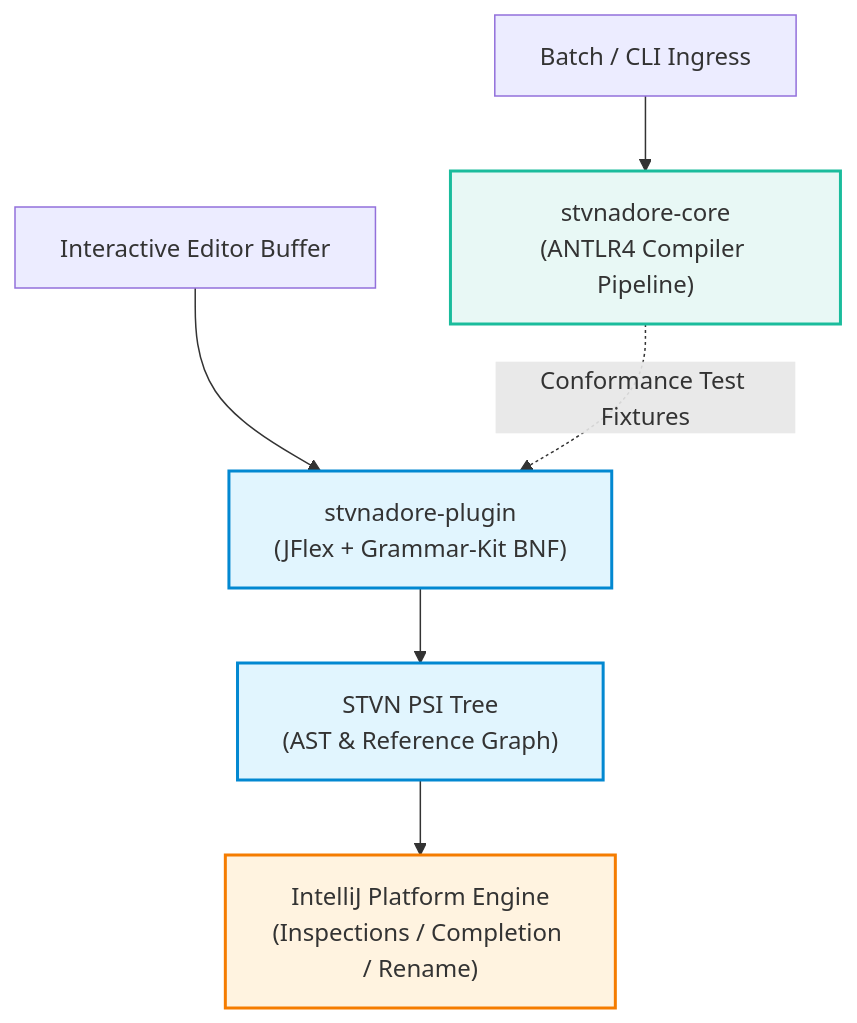
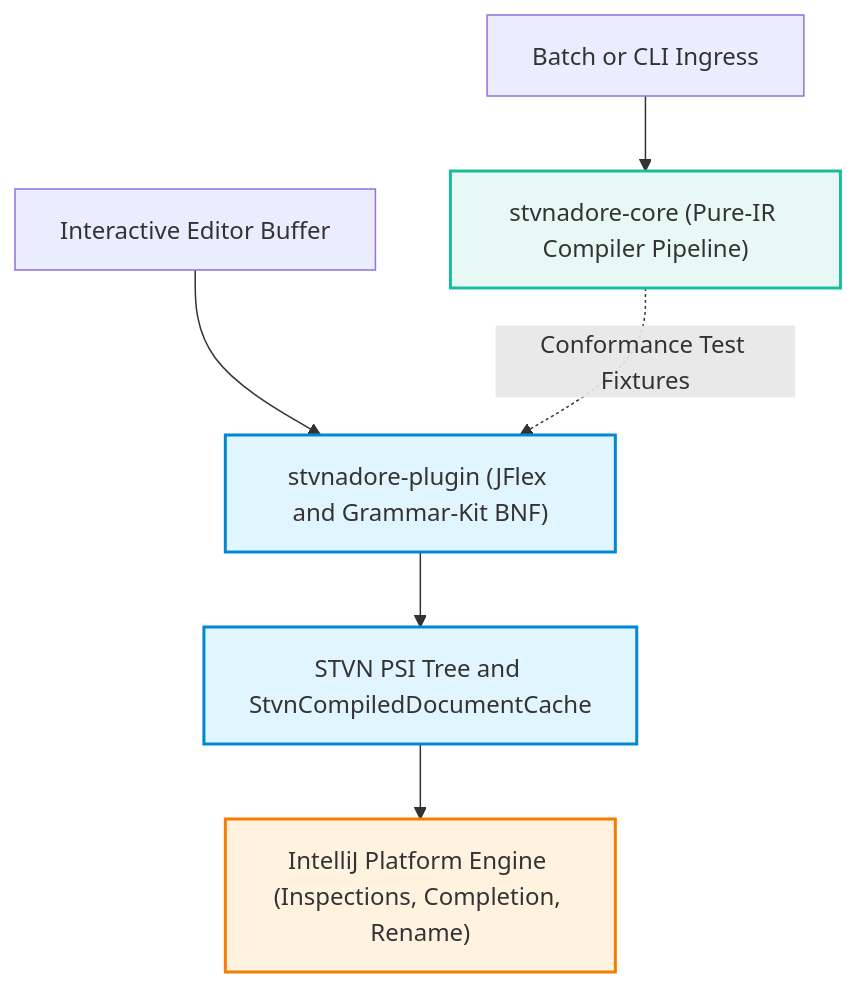
Before and after one commit to chaotic3quilibrium/stvnadore-plugin: the first of 5 diagrams in docs/architecture/STVN_PLUGIN_SPEC.md, drawn with Mermaid. The commit also changed other lines of this file and 57 other files, not shown here.

Commit message:
Refactor to align with new core pure-IR cutover, and real repository hardening

````diff
--- a/docs/architecture/STVN_PLUGIN_SPEC.md
+++ b/docs/architecture/STVN_PLUGIN_SPEC.md
@@ -35,12 +32,12 @@
 ```mermaid
 flowchart TD
     classDef core fill:#E8F8F5,stroke:#1ABC9C,stroke-width:2px;
     classDef plugin fill:#E1F5FE,stroke:#0288D1,stroke-width:2px;
     classDef idea fill:#FFF3E0,stroke:#F57C00,stroke-width:2px;
 
-    Headless["Batch / CLI Ingress"] --> Core["stvnadore-core\n(ANTLR4 Compiler Pipeline)"]:::core
-    Interactive["Interactive Editor Buffer"] --> Plugin["stvnadore-plugin\n(JFlex + Grammar-Kit BNF)"]:::plugin
-    Plugin --> PSI["STVN PSI Tree\n(AST & Reference Graph)"]:::plugin
-    PSI --> IDEA["IntelliJ Platform Engine\n(Inspections / Completion / Rename)"]:::idea
+    Headless["Batch or CLI Ingress"] --> Core["stvnadore-core (Pure-IR Compiler Pipeline)"]:::core
+    Interactive["Interactive Editor Buffer"] --> Plugin["stvnadore-plugin (JFlex and Grammar-Kit BNF)"]:::plugin
+    Plugin --> PSI["STVN PSI Tree and StvnCompiledDocumentCache"]:::plugin
+    PSI --> IDEA["IntelliJ Platform Engine (Inspections, Completion, Rename)"]:::idea
     Core -.->|"Conformance Test Fixtures"| Plugin
 ```
````
